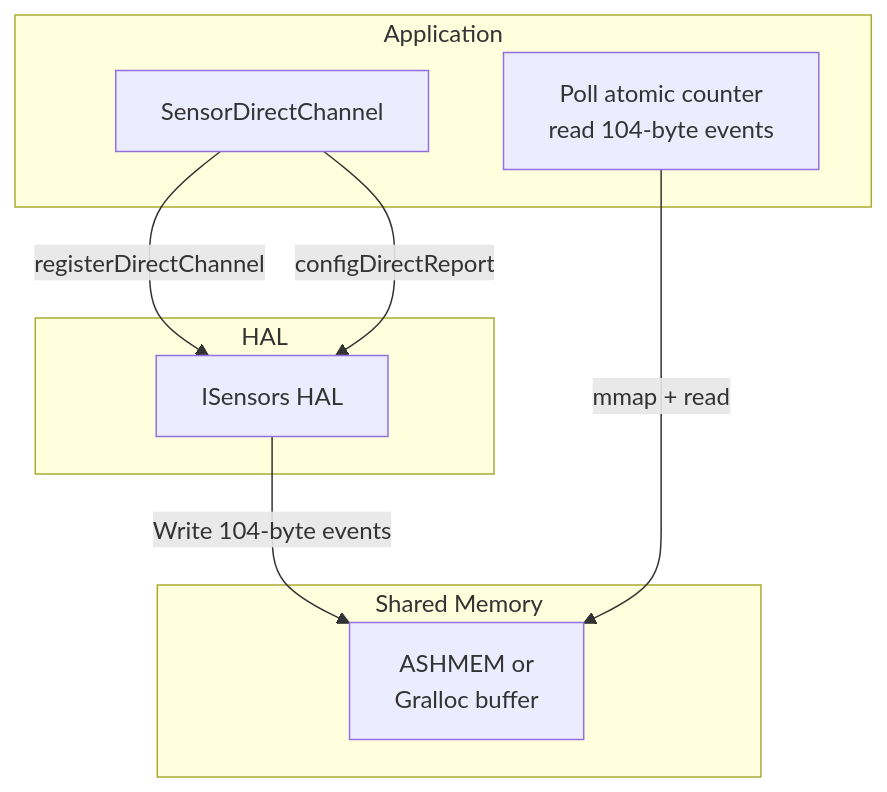
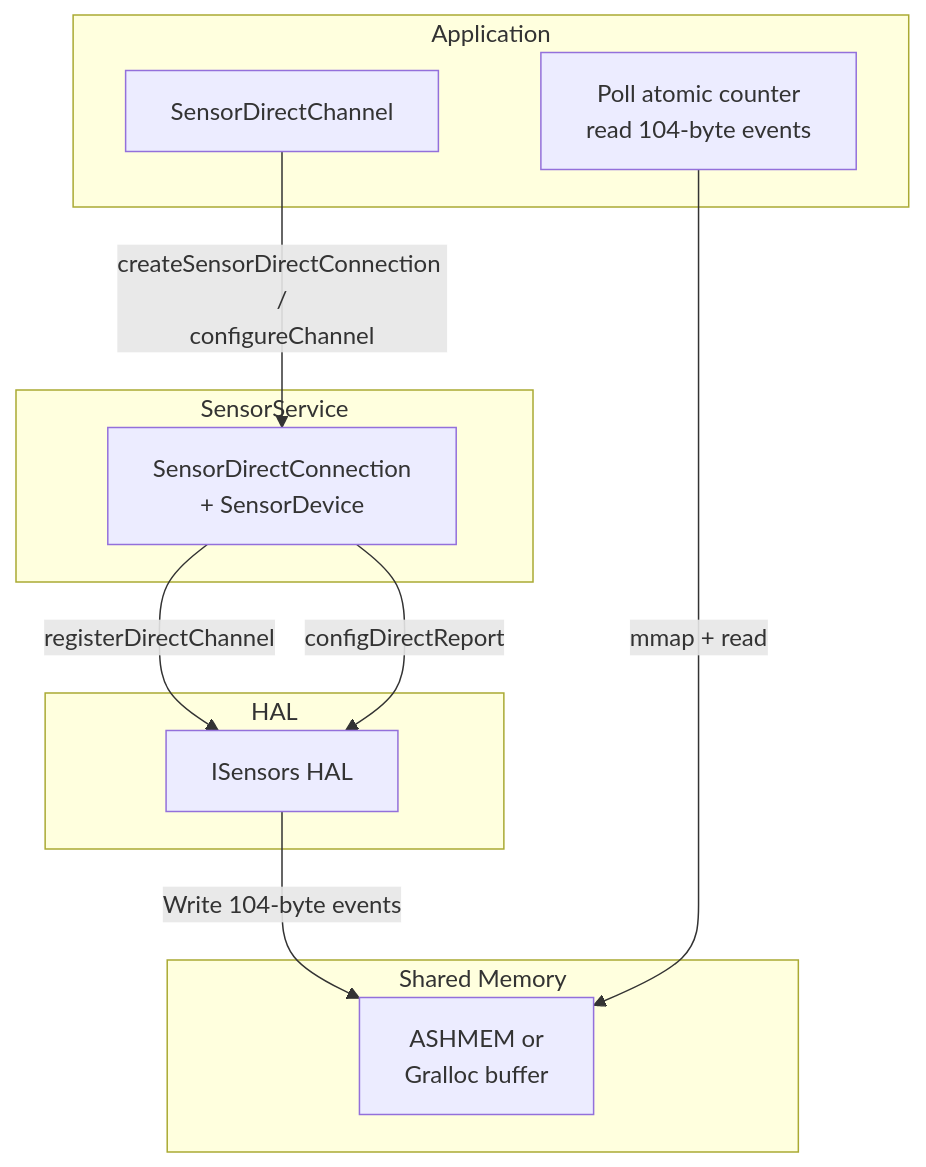
Before and after one commit to aospbooks/aosp-internal-book: the eighth of 24 diagrams in agents/claude/skills/aosp-native-services-and-media/17-sensors.md, drawn with Mermaid. The commit also changed other lines of this file and 218 other files, not shown here.

````diff
--- a/agents/claude/skills/aosp-native-services-and-media/17-sensors.md
+++ b/agents/claude/skills/aosp-native-services-and-media/17-sensors.md
@@ -646,20 +670,25 @@
 ```mermaid
 graph TB
     subgraph "Shared Memory"
         SM["ASHMEM or<br/>Gralloc buffer"]
     end
 
     subgraph "HAL"
         ISH[ISensors HAL]
     end
 
+    subgraph "SensorService"
+        SS["SensorDirectConnection<br/>+ SensorDevice"]
+    end
+
     subgraph "Application"
         DC[SensorDirectChannel]
         POLL["Poll atomic counter<br/>read 104-byte events"]
     end
 
+    DC -->|"createSensorDirectConnection /<br/>configureChannel"| SS
+    SS -->|"registerDirectChannel"| ISH
+    SS -->|"configDirectReport"| ISH
     ISH -->|"Write 104-byte events"| SM
-    DC -->|"registerDirectChannel"| ISH
-    DC -->|"configDirectReport"| ISH
     POLL -->|"mmap + read"| SM
 ```
````
